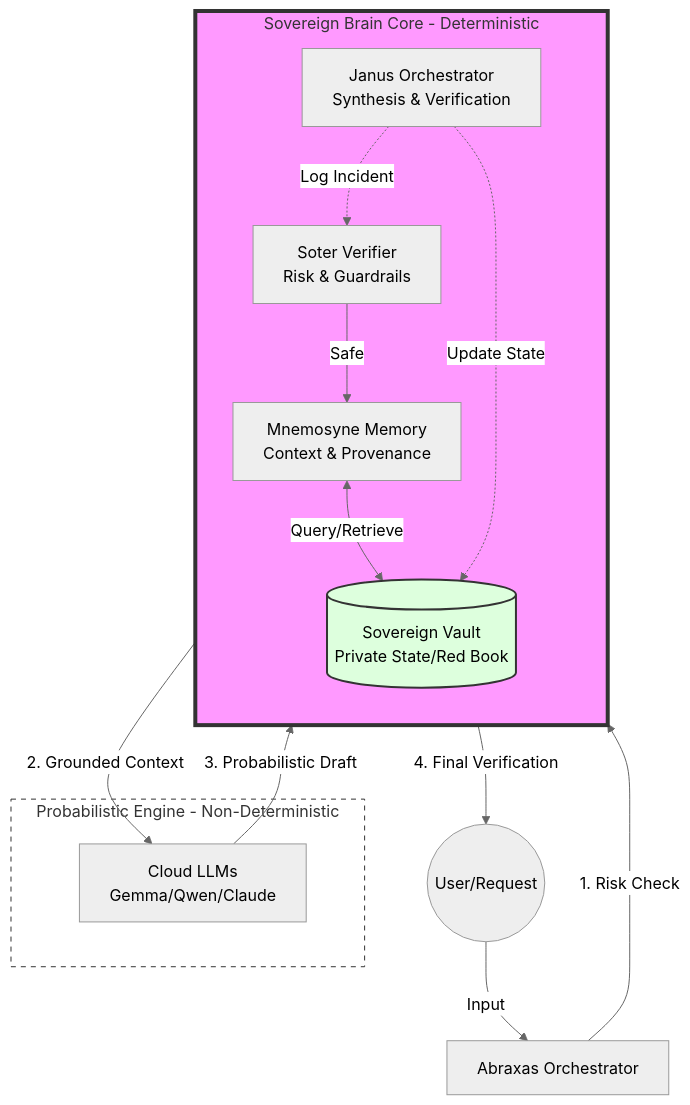
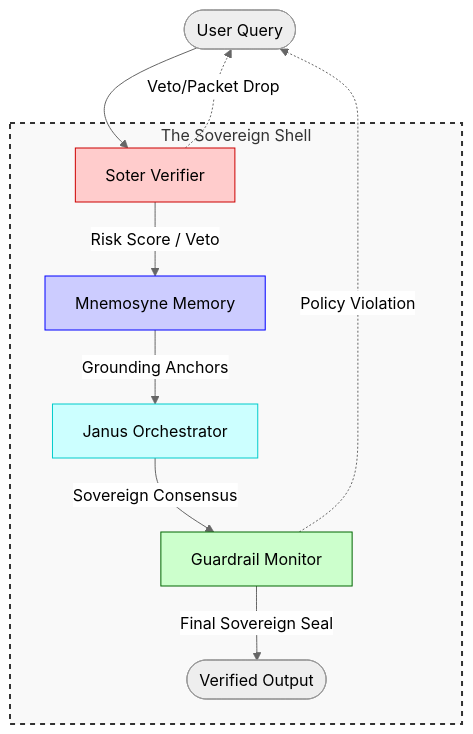
One commit to TylerGarlick/abraxas changed the first of 3 diagrams in docs/architecture/brain-diagram.md. Above: the diagram before and after it, drawn with Mermaid (neutral theme). The commit also changed other lines of this file, not shown here.

Commit message:
docs: update brain diagrams to high-fidelity Mermaid specifications

````diff
--- a/docs/architecture/brain-diagram.md
+++ b/docs/architecture/brain-diagram.md
@@ -11,34 +10,20 @@
 ```mermaid
 graph TD
-    %% External Interface
-    User((User/Request)) -->|Input| Orch[Abraxas Orchestrator]
-
-    subgraph Sovereign_Brain [Sovereign Brain Core - Deterministic]
-        direction TB
-        Soter[Soter Verifier<br/>Risk & Guardrails]
-        Mnem[Mnemosyne Memory<br/>Context & Provenance]
-        Janus[Janus Orchestrator<br/>Synthesis & Verification]
-        Vault[(Sovereign Vault<br/>Private State/Red Book)]
+    User([User Query]) --> Soter[Soter Verifier]
+    
+    subgraph Deterministic_Shell [The Sovereign Shell]
+        Soter -->|Risk Score / Veto| Mnemosyne[Mnemosyne Memory]
+        Mnemosyne -->|Grounding Anchors| Janus[Janus Orchestrator]
+        Janus -->|Sovereign Consensus| Guardrail[Guardrail Monitor]
+        Guardrail -->|Final Sovereign Seal| Output([Verified Output])
     end
 
-    subgraph Probabilistic_Layer [Probabilistic Engine - Non-Deterministic]
-        LLM[Cloud LLMs<br/>Gemma/Qwen/Claude]
-    end
+    Soter -.->|Veto/Packet Drop| User
+    Guardrail -.->|Policy Violation| User
 
-    %% Flow
-    Orch -->|1. Risk Check| Soter
-    Soter -->|Safe| Mnem
-    Mnem <-->|Query/Retrieve| Vault
-    Mnem -->|2. Grounded Context| LLM
-    LLM -->|3. Probabilistic Draft| Janus
-    Janus -->|4. Final Verification| User
-    
-    %% Feedback Loop
-    Janus -.->|Update State| Vault
-    Janus -.->|Log Incident| Soter
-
-    %% Styling
-    style Sovereign_Brain fill:#f9f,stroke:#333,stroke-width:4px
-    style Probabilistic_Layer fill:#fff,stroke:#333,stroke-dasharray: 5 5
-    style Vault fill:#dfd,stroke:#333,stroke-width:2px
+    style Deterministic_Shell fill:#f9f9f9,stroke:#333,stroke-width:2px,stroke-dasharray: 5 5
+    style Soter fill:#ffcccc,stroke:#cc0000
+    style Mnemosyne fill:#ccf,stroke:#0000ff
+    style Janus fill:#cff,stroke:#00cccc
+    style Guardrail fill:#ccffcc,stroke:#006600
 ```
````
